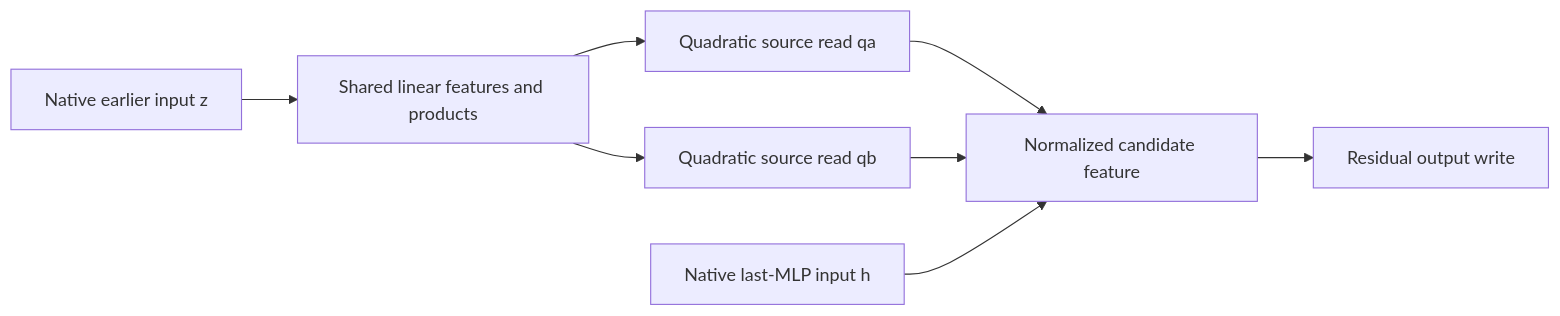
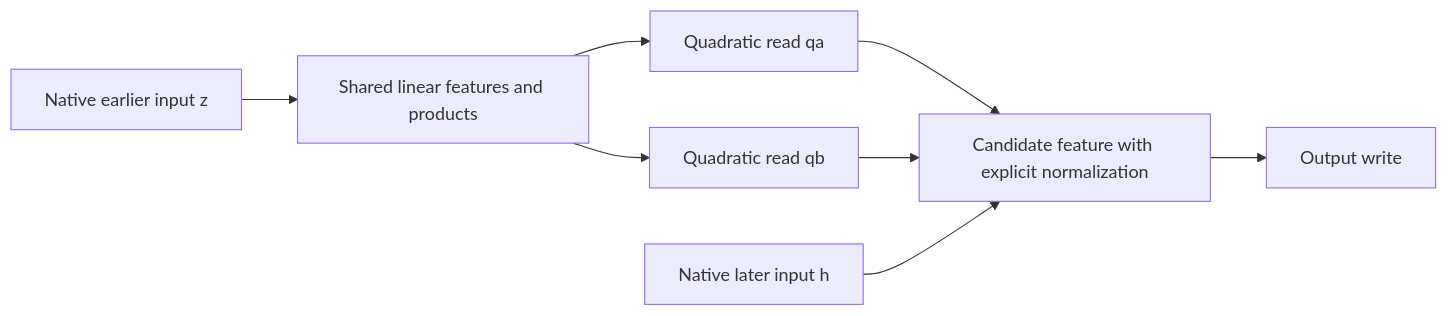
Before and after one commit to loganriggs/tensor_language: the second of 2 diagrams in basis_aligned/polynomial_causal/explanations/for_logan/research_update_2026-09-21_0104_full_coverage_and_shared_baselines.md, drawn with Mermaid. The commit also changed other lines of this file and 64 other files, not shown here.

Commit message:
Test shared quadratic cores and cross-component reuse; start joint product fitting

````diff
--- a/basis_aligned/polynomial_causal/explanations/for_logan/research_update_2026-09-21_0104_full_coverage_and_shared_baselines.md
+++ b/basis_aligned/polynomial_causal/explanations/for_logan/research_update_2026-09-21_0104_full_coverage_and_shared_baselines.md
@@ -216,10 +197,10 @@
 ```mermaid
 flowchart LR
-    Z[Native earlier input z] --> P[Shared linear features and products]
-    P --> A[Quadratic source read qa]
-    P --> B[Quadratic source read qb]
-    A --> F[Normalized candidate feature]
+    Z[Native earlier input z] --> S[Shared linear features and products]
+    S --> A[Quadratic read qa]
+    S --> B[Quadratic read qb]
+    A --> F[Candidate feature with explicit normalization]
     B --> F
-    H[Native last-MLP input h] --> F
-    F --> W[Residual output write]
+    H[Native later input h] --> F
+    F --> W[Output write]
 ```
````
